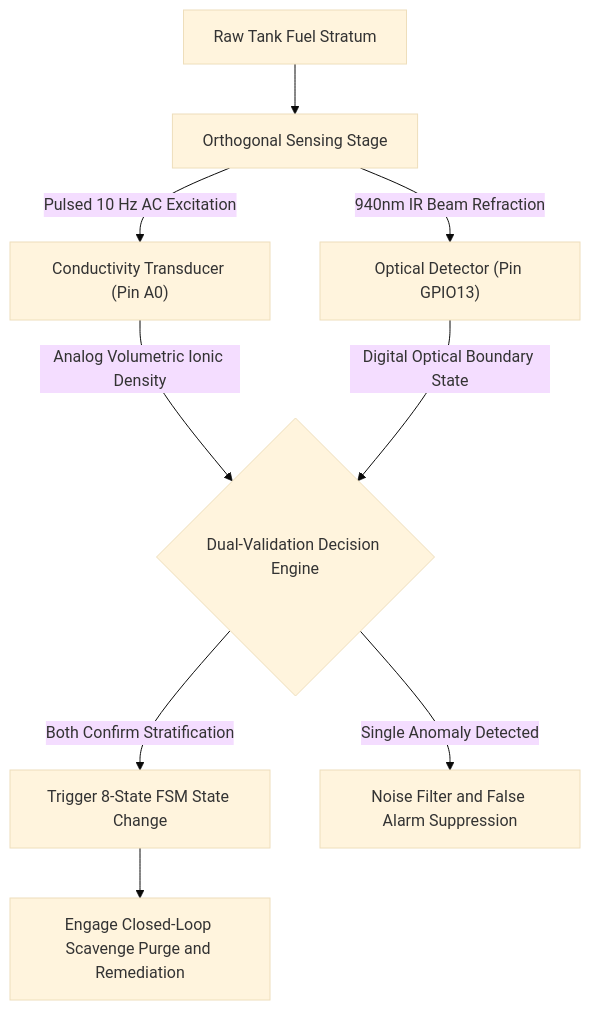
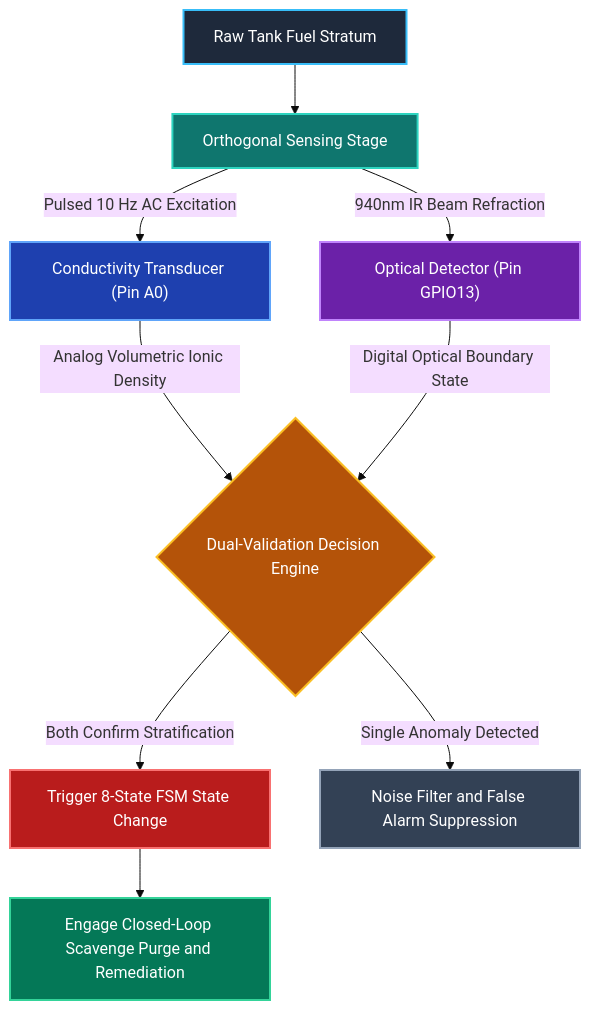
The first of 2 diagrams in README.md (RizzWan-Codes/FuelGuard), drawn with Mermaid (base theme) before and after one commit. The commit also changed other lines of this file, not shown here.

Commit message:
Add vibrant semantic colors and node styling to Mermaid flowcharts

````diff
--- a/README.md
+++ b/README.md
@@ -70,11 +70,20 @@
 ```mermaid
 flowchart TD
     A["Raw Tank Fuel Stratum"] --> B["Orthogonal Sensing Stage"]
     B -->|"Pulsed 10 Hz AC Excitation"| C["Conductivity Transducer (Pin A0)"]
     B -->|"940nm IR Beam Refraction"| D["Optical Detector (Pin GPIO13)"]
     C -->|"Analog Volumetric Ionic Density"| E{"Dual-Validation Decision Engine"}
     D -->|"Digital Optical Boundary State"| E
     E -->|"Both Confirm Stratification"| F["Trigger 8-State FSM State Change"]
     E -->|"Single Anomaly Detected"| G["Noise Filter and False Alarm Suppression"]
     F --> H["Engage Closed-Loop Scavenge Purge and Remediation"]
+
+    style A fill:#1E293B,stroke:#38BDF8,stroke-width:2px,color:#FFFFFF
+    style B fill:#0F766E,stroke:#2DD4BF,stroke-width:2px,color:#FFFFFF
+    style C fill:#1E40AF,stroke:#60A5FA,stroke-width:2px,color:#FFFFFF
+    style D fill:#6B21A8,stroke:#C084FC,stroke-width:2px,color:#FFFFFF
+    style E fill:#B45309,stroke:#FBBF24,stroke-width:2px,color:#FFFFFF
+    style F fill:#B91C1C,stroke:#F87171,stroke-width:2px,color:#FFFFFF
+    style G fill:#334155,stroke:#94A3B8,stroke-width:2px,color:#FFFFFF
+    style H fill:#047857,stroke:#34D399,stroke-width:2px,color:#FFFFFF
 ```
````
